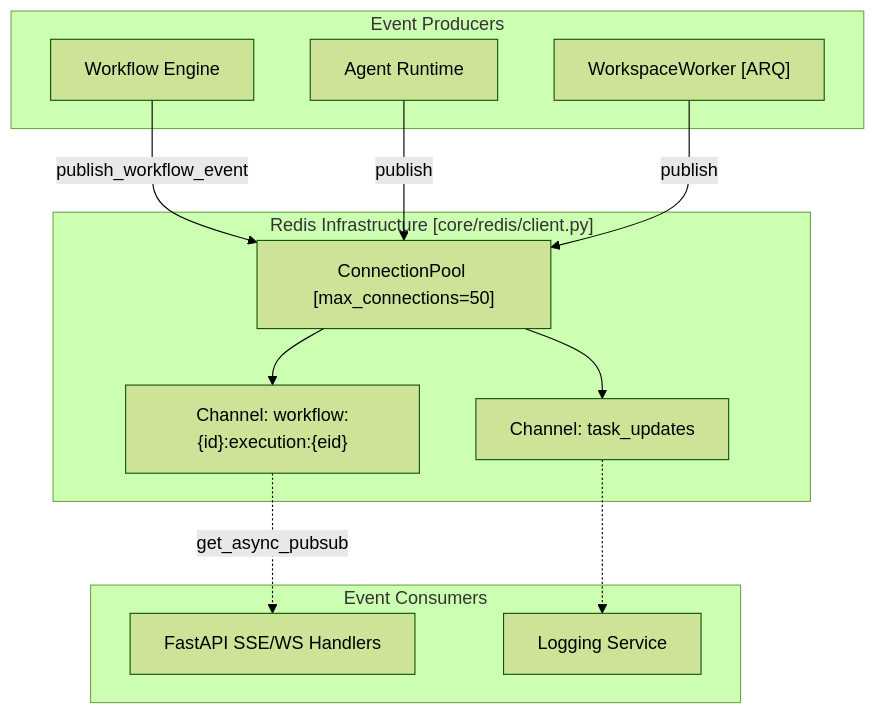
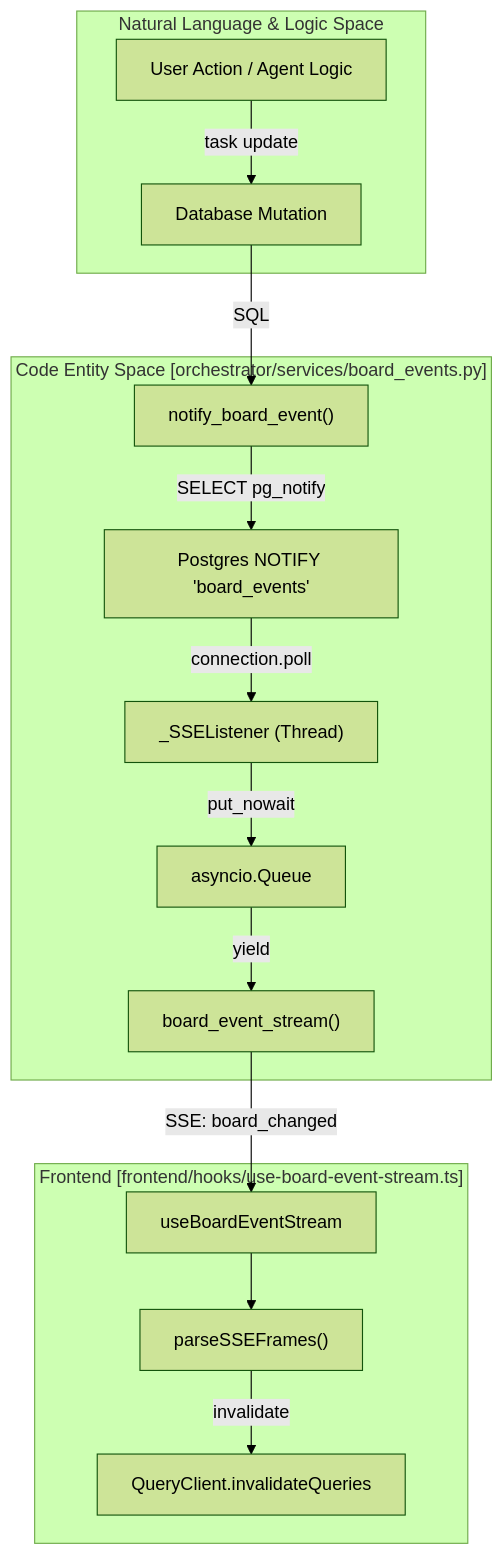
One commit to AutomatosAI/automatos-ai changed the first of 2 diagrams in docs/backend-architecture/real-time-updates.md. Above: the diagram before and after it, drawn with Mermaid (forest theme). The commit also changed other lines of this file and 191 other files, not shown here.

````diff
--- a/docs/backend-architecture/real-time-updates.md
+++ b/docs/backend-architecture/real-time-updates.md
@@ -41,27 +57,31 @@
 ```mermaid
 graph TD
-    subgraph "Event Producers"
-        WorkflowEngine["Workflow Engine"]
-        AgentRuntime["Agent Runtime"]
-        WorkspaceWorker["WorkspaceWorker [ARQ]"]
+    subgraph "Natural Language & Logic Space"
+        User["User Action / Agent Logic"]
+        DB_Trigger["Database Mutation"]
     end
 
-    subgraph "Redis Infrastructure [core/redis/client.py]"
-        RedisPool["ConnectionPool [max_connections=50]"]
-        WorkflowChan["Channel: workflow:{id}:execution:{eid}"]
-        TaskChan["Channel: task_updates"]
+    subgraph "Code Entity Space [orchestrator/services/board_events.py]"
+        notify_board_event["notify_board_event()"]
+        PG_Notify["Postgres NOTIFY 'board_events'"]
+        SSEListener["_SSEListener (Thread)"]
+        AsyncQueue["asyncio.Queue"]
+        StreamGen["board_event_stream()"]
     end
 
-    subgraph "Event Consumers"
-        FastAPI["FastAPI SSE/WS Handlers"]
-        LogSvc["Logging Service"]
+    subgraph "Frontend [frontend/hooks/use-board-event-stream.ts]"
+        Hook["useBoardEventStream"]
+        Parse["parseSSEFrames()"]
+        QueryClient["QueryClient.invalidateQueries"]
     end
 
-    WorkflowEngine -->|publish_workflow_event| RedisPool
-    AgentRuntime -->|publish| RedisPool
-    WorkspaceWorker -->|publish| RedisPool
-    RedisPool --> WorkflowChan
-    RedisPool --> TaskChan
-    WorkflowChan -.->|get_async_pubsub| FastAPI
-    TaskChan -.-> LogSvc
+    User -->|task update| DB_Trigger
+    DB_Trigger -->|SQL| notify_board_event
+    notify_board_event -->|SELECT pg_notify| PG_Notify
+    PG_Notify -->|connection.poll| SSEListener
+    SSEListener -->|put_nowait| AsyncQueue
+    AsyncQueue -->|yield| StreamGen
+    StreamGen -->|SSE: board_changed| Hook
+    Hook --> Parse
+    Parse -->|invalidate| QueryClient
 ```
````
